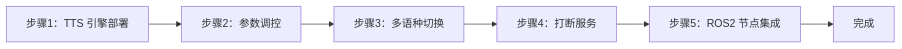
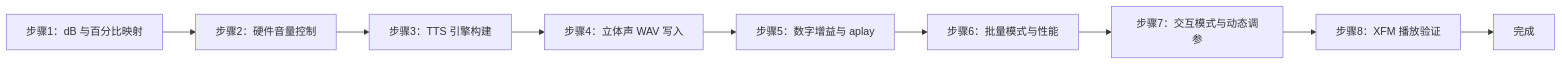
One commit to aibittek/course_generate_agent changed the diagram in courses/sheet1/speech_practice/_parts/experiment-3.md. Above: the diagram before and after it, drawn with Mermaid. The commit also changed other lines of this file and 10 other files, not shown here.

````diff
--- a/courses/sheet1/speech_practice/_parts/experiment-3.md
+++ b/courses/sheet1/speech_practice/_parts/experiment-3.md
@@ -58,8 +87,11 @@
 ```mermaid
 graph LR
-    A[步骤1：TTS 引擎部署] --> B[步骤2：参数调控]
-    B --> C[步骤3：多语种切换]
-    C --> D[步骤4：打断服务]
-    D --> E[步骤5：ROS2 节点集成]
-    E --> F[完成]
+    A[步骤1：dB 与百分比映射] --> B[步骤2：硬件音量控制]
+    B --> C[步骤3：TTS 引擎构建]
+    C --> D[步骤4：立体声 WAV 写入]
+    D --> E[步骤5：数字增益与 aplay]
+    E --> F[步骤6：批量模式与性能]
+    F --> G[步骤7：交互模式与动态调参]
+    G --> H[步骤8：XFM 播放验证]
+    H --> I[完成]
 ```
````
